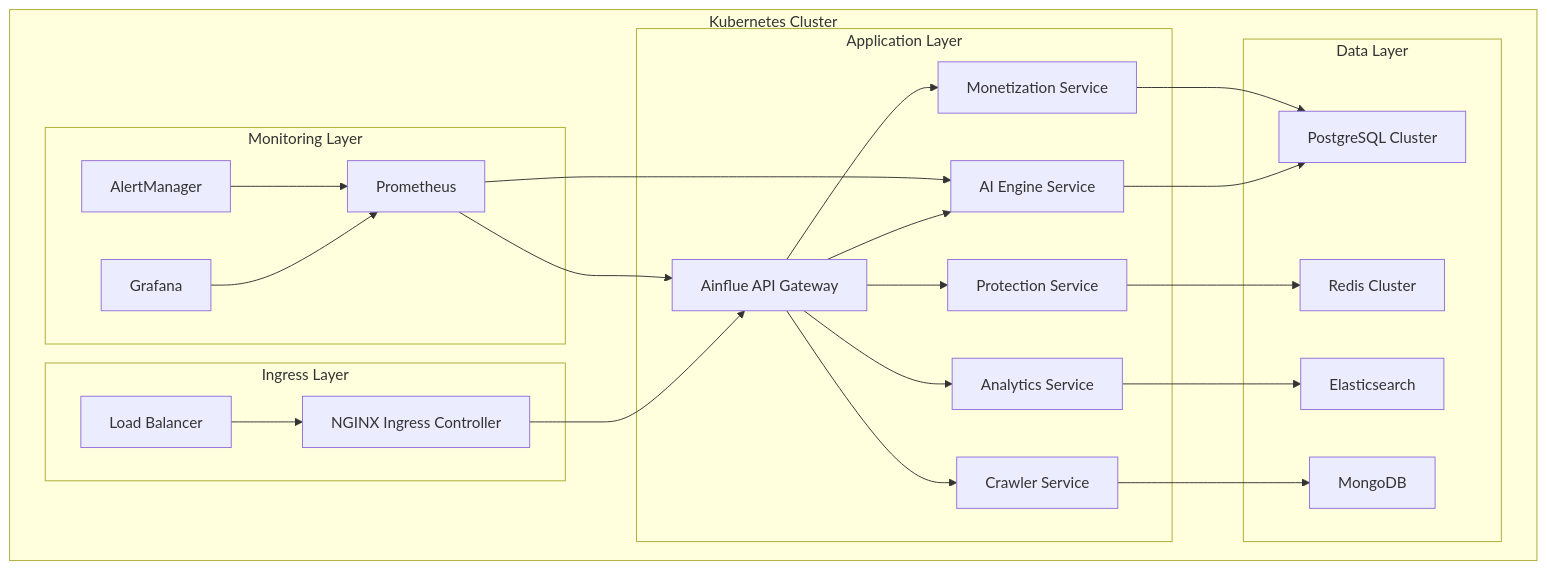
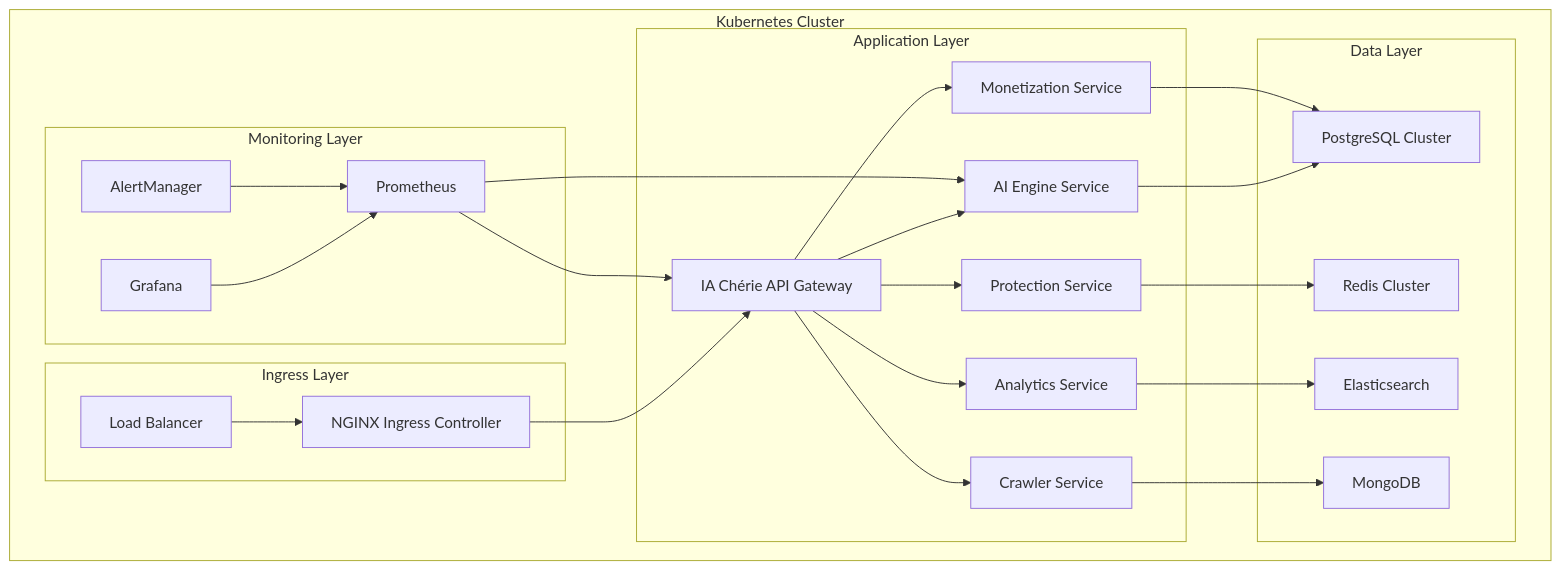
Before and after one commit to Mlaiel/iacherie: the diagram in docs/deployment/kubernetes_deployment.md, drawn with Mermaid. The commit also changed other lines of this file and 13027 other files, not shown here.

First line of the commit message:
🚀 IA Chérie Platform Complete Migration & API Configuration

````diff
--- a/docs/deployment/kubernetes_deployment.md
+++ b/docs/deployment/kubernetes_deployment.md
@@ -23,50 +23,50 @@
 ```mermaid
 graph TB
     subgraph "Kubernetes Cluster"
         subgraph "Ingress Layer"
             NGINX[NGINX Ingress Controller]
             LB[Load Balancer]
         end
         
         subgraph "Application Layer"
-            API[Ainflue API Gateway]
+            API[IA Chérie API Gateway]
             AI[AI Engine Service]
             PROT[Protection Service]
             MON[Monetization Service]
             ANAL[Analytics Service]
             CRAWL[Crawler Service]
         end
         
         subgraph "Data Layer"
             PG[PostgreSQL Cluster]
             REDIS[Redis Cluster]
             MONGO[MongoDB]
             ES[Elasticsearch]
         end
         
         subgraph "Monitoring Layer"
             PROM[Prometheus]
             GRAF[Grafana]
             ALERT[AlertManager]
         end
     end
     
     LB --> NGINX
     NGINX --> API
     API --> AI
     API --> PROT
     API --> MON
     API --> ANAL
     API --> CRAWL
     
     AI --> PG
     PROT --> REDIS
     MON --> PG
     ANAL --> ES
     CRAWL --> MONGO
     
     PROM --> API
     PROM --> AI
     GRAF --> PROM
     ALERT --> PROM
 ```
````
